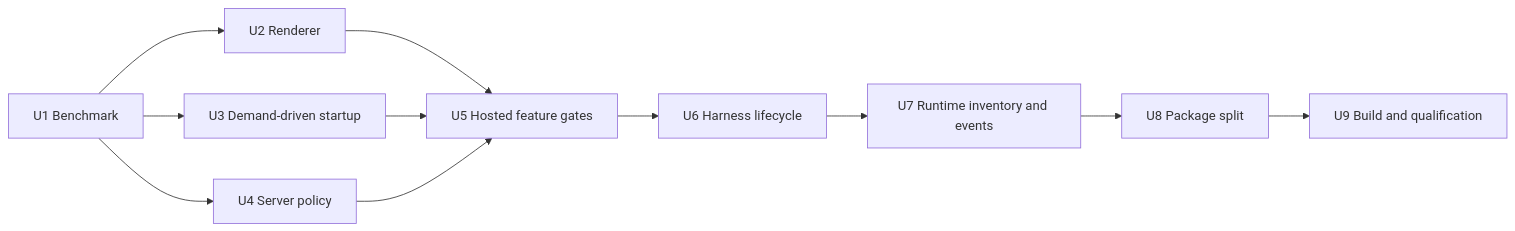
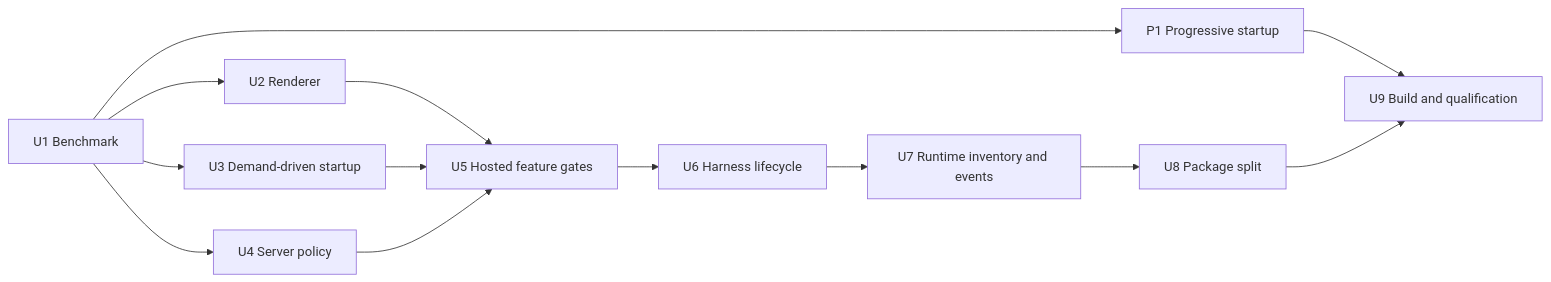
Before and after one commit to kyashrathore/Claxedo: the third of 3 diagrams in docs/plans/2026-08-07-003-refactor-claxedo-idle-memory-plan.md, drawn with Mermaid. The commit also changed other lines of this file and 33 other files, not shown here.

````diff
--- a/docs/plans/2026-08-07-003-refactor-claxedo-idle-memory-plan.md
+++ b/docs/plans/2026-08-07-003-refactor-claxedo-idle-memory-plan.md
@@ -575,13 +760,15 @@
 ```mermaid
 flowchart LR
   U1["U1 Benchmark"] --> U2["U2 Renderer"]
+  U1 --> P1["P1 Progressive startup"]
   U1 --> U3["U3 Demand-driven startup"]
   U1 --> U4["U4 Server policy"]
   U2 --> U5["U5 Hosted feature gates"]
   U3 --> U5
   U4 --> U5
   U5 --> U6["U6 Harness lifecycle"]
   U6 --> U7["U7 Runtime inventory and events"]
   U7 --> U8["U8 Package split"]
+  P1 --> U9["U9 Build and qualification"]
   U8 --> U9["U9 Build and qualification"]
 ```
````
